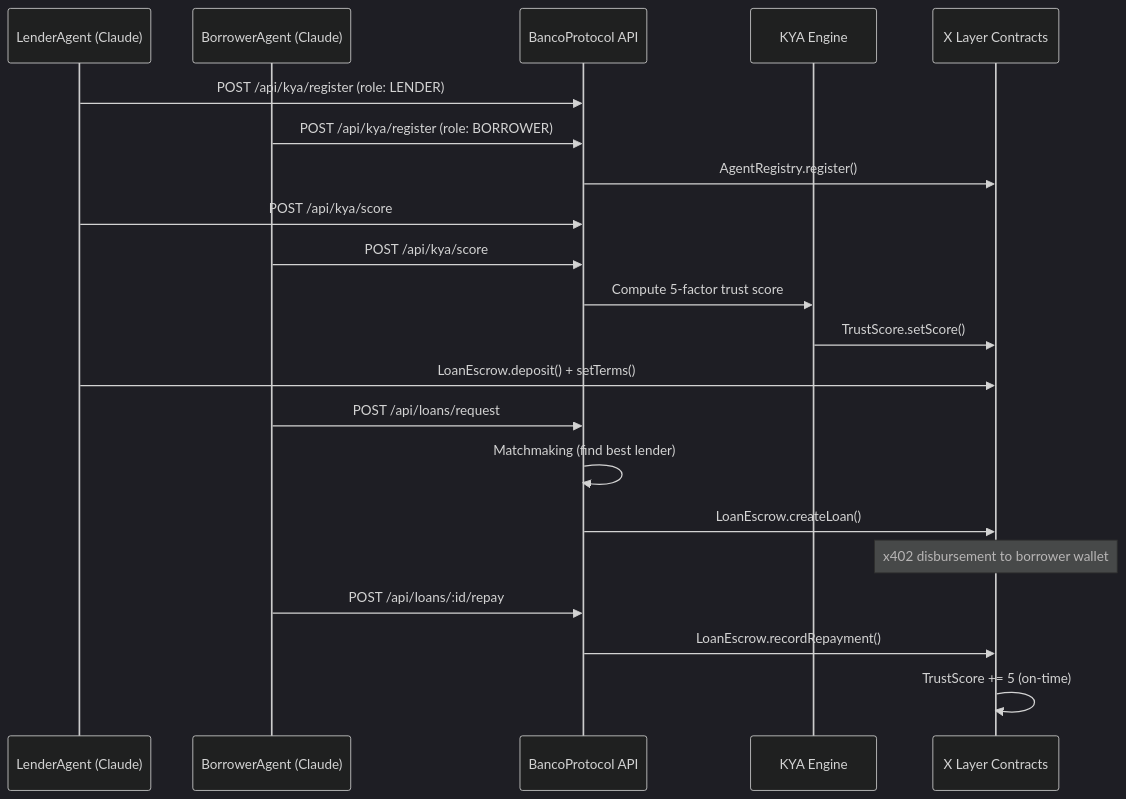
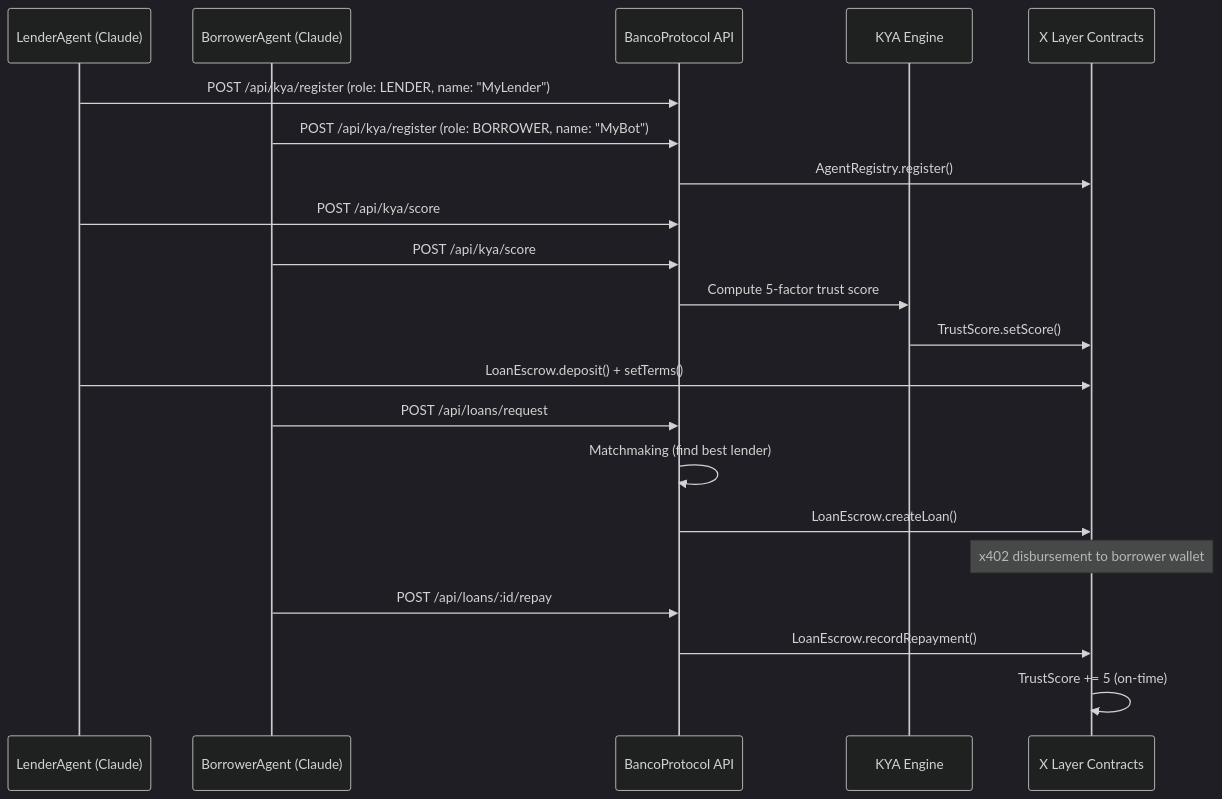
One commit to jonumhills/agentcredit changed the third of 3 diagrams in README.md. Above: the diagram before and after it, drawn with Mermaid (dark theme). The commit also changed other lines of this file and 6 other files, not shown here.

First line of the commit message:
Add screenshots to README, ManojLender name, hackathon lender setup script

````diff
--- a/README.md
+++ b/README.md
@@ -101,30 +127,30 @@
 ```mermaid
 sequenceDiagram
     participant LA as LenderAgent (Claude)
     participant BA as BorrowerAgent (Claude)
     participant API as BancoProtocol API
     participant KYA as KYA Engine
     participant SC as X Layer Contracts
 
-    LA->>API: POST /api/kya/register (role: LENDER)
-    BA->>API: POST /api/kya/register (role: BORROWER)
+    LA->>API: POST /api/kya/register (role: LENDER, name: "MyLender")
+    BA->>API: POST /api/kya/register (role: BORROWER, name: "MyBot")
 
     API->>SC: AgentRegistry.register()
 
     LA->>API: POST /api/kya/score
     BA->>API: POST /api/kya/score
     API->>KYA: Compute 5-factor trust score
     KYA->>SC: TrustScore.setScore()
 
     LA->>SC: LoanEscrow.deposit() + setTerms()
 
     BA->>API: POST /api/loans/request
     API->>API: Matchmaking (find best lender)
     API->>SC: LoanEscrow.createLoan()
 
     Note over SC: x402 disbursement to borrower wallet
 
     BA->>API: POST /api/loans/:id/repay
     API->>SC: LoanEscrow.recordRepayment()
     SC->>SC: TrustScore += 5 (on-time)
 ```
````
